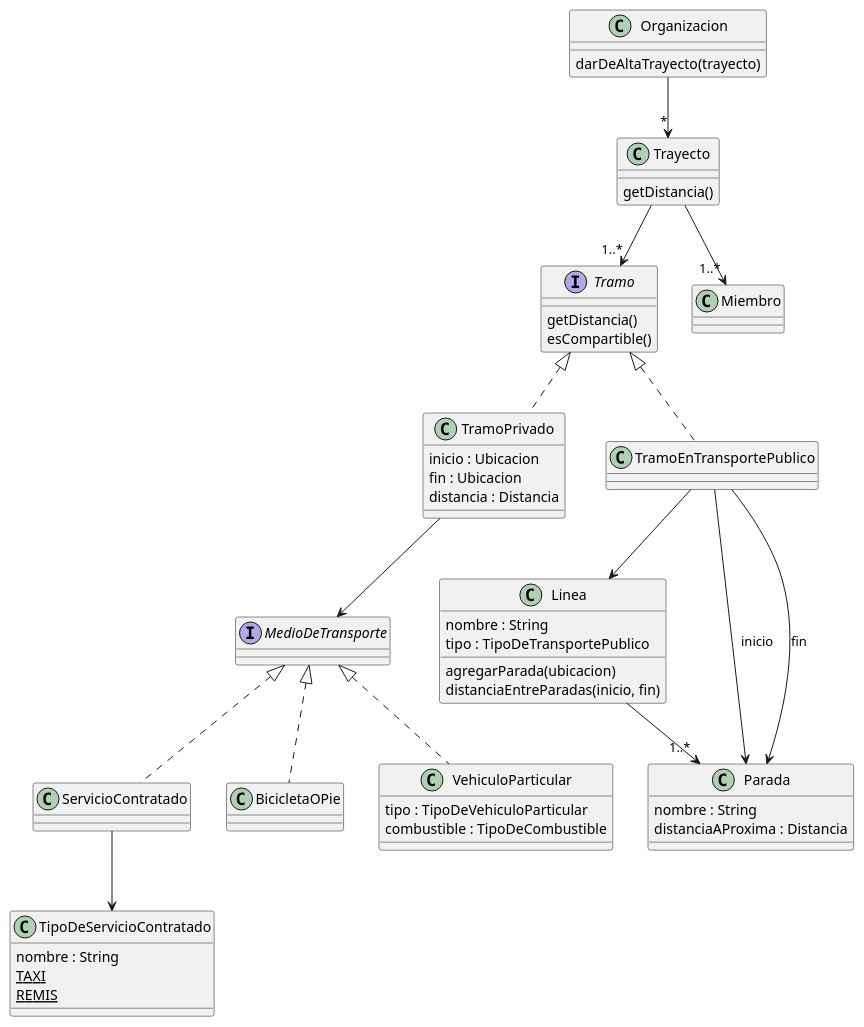
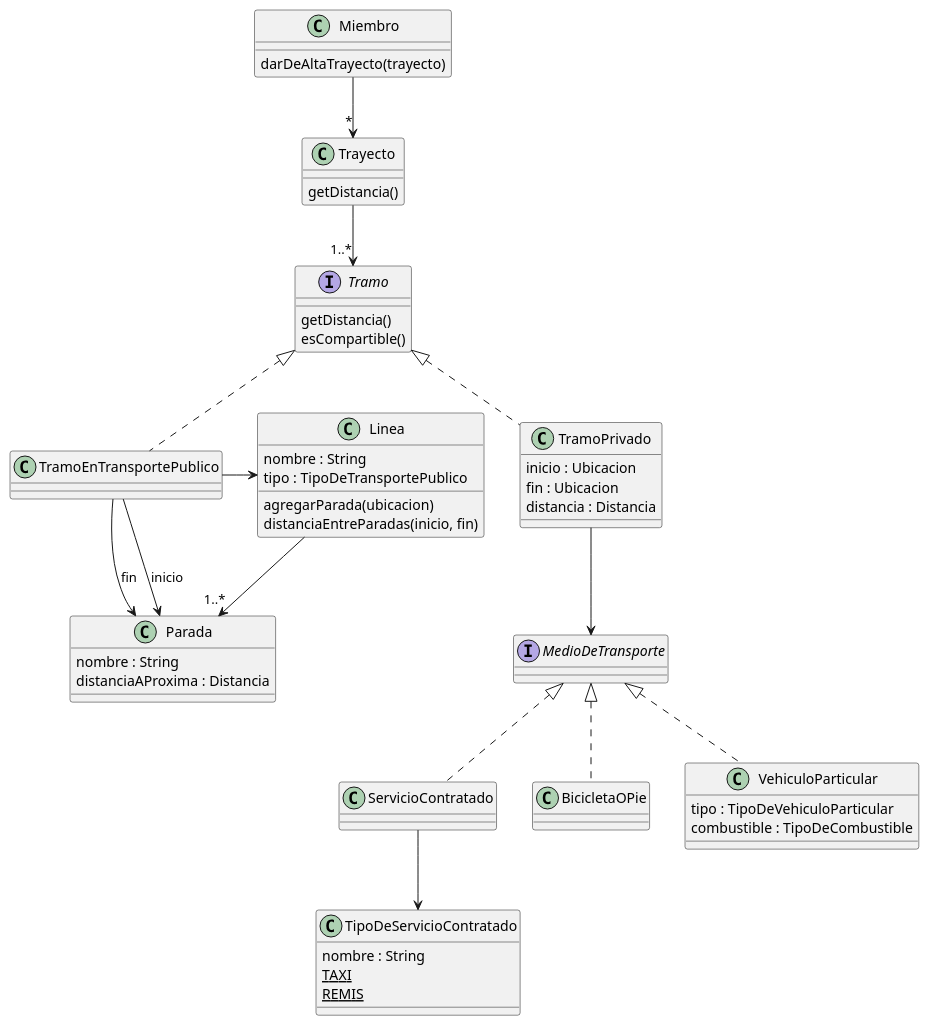
The diagram in docs/tpa2/tpa2-trayectos.puml (RaniAgus/dds-2022), drawn with PlantUML before and after one commit. The commit also changed 3 other files, not shown here.

Commit message:
completo diagramas tpa2

```diff
--- a/docs/tpa2/tpa2-trayectos.puml
+++ b/docs/tpa2/tpa2-trayectos.puml
@@ -1,71 +1,70 @@
 @startuml
 
-class Organizacion {
+class Miembro {
     darDeAltaTrayecto(trayecto)
 }
 
-Organizacion --> "*" Trayecto
+Miembro --> "*" Trayecto
 
 class Trayecto {
     getDistancia()
 }
 
 Trayecto --> "1..*" Tramo
-Trayecto --> "1..*" Miembro
 
 interface Tramo {
     getDistancia()
     esCompartible()
 }
 
 class TramoPrivado implements Tramo {
     inicio : Ubicacion
     fin : Ubicacion
     distancia : Distancia
 }
 
 TramoPrivado --> MedioDeTransporte
 
 interface MedioDeTransporte {
 }
 
 MedioDeTransporte <|.. ServicioContratado
 MedioDeTransporte <|.. BicicletaOPie
 MedioDeTransporte <|.. VehiculoParticular
 
 class VehiculoParticular {
     tipo : TipoDeVehiculoParticular
     combustible : TipoDeCombustible
 }
 
 ServicioContratado --> TipoDeServicioContratado
 
 class TipoDeServicioContratado {
     nombre : String
     {static} TAXI
     {static} REMIS
 }
 
 
 class TramoEnTransportePublico implements Tramo {
 }
 
-TramoEnTransportePublico --> Linea
+TramoEnTransportePublico -right-> Linea
 TramoEnTransportePublico --> Parada : inicio
 TramoEnTransportePublico --> Parada : fin
 
 class Linea {
     nombre : String
     tipo : TipoDeTransportePublico
     agregarParada(ubicacion)
     distanciaEntreParadas(inicio, fin)
 }
 
 Linea --> "1..*" Parada
 
 class Parada {
     nombre : String
     distanciaAProxima : Distancia
 }
 
 @enduml
```
